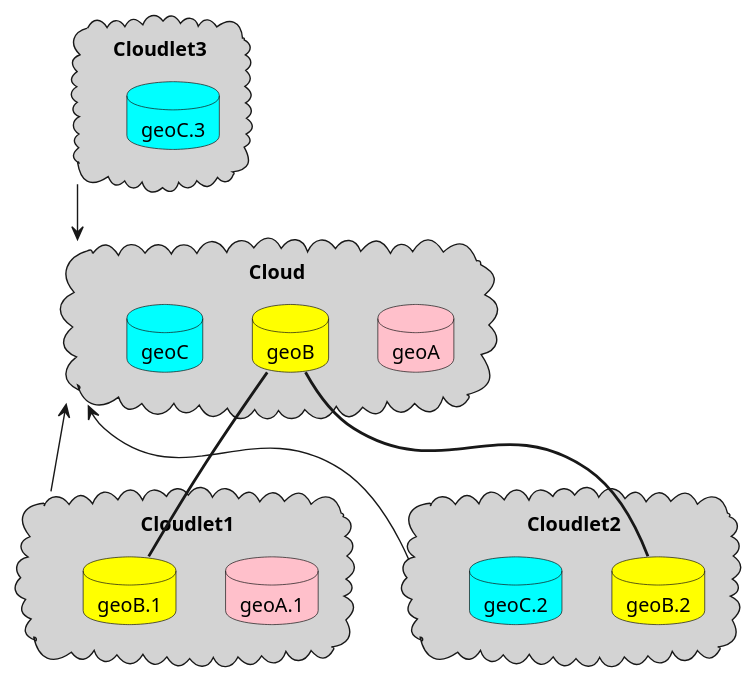
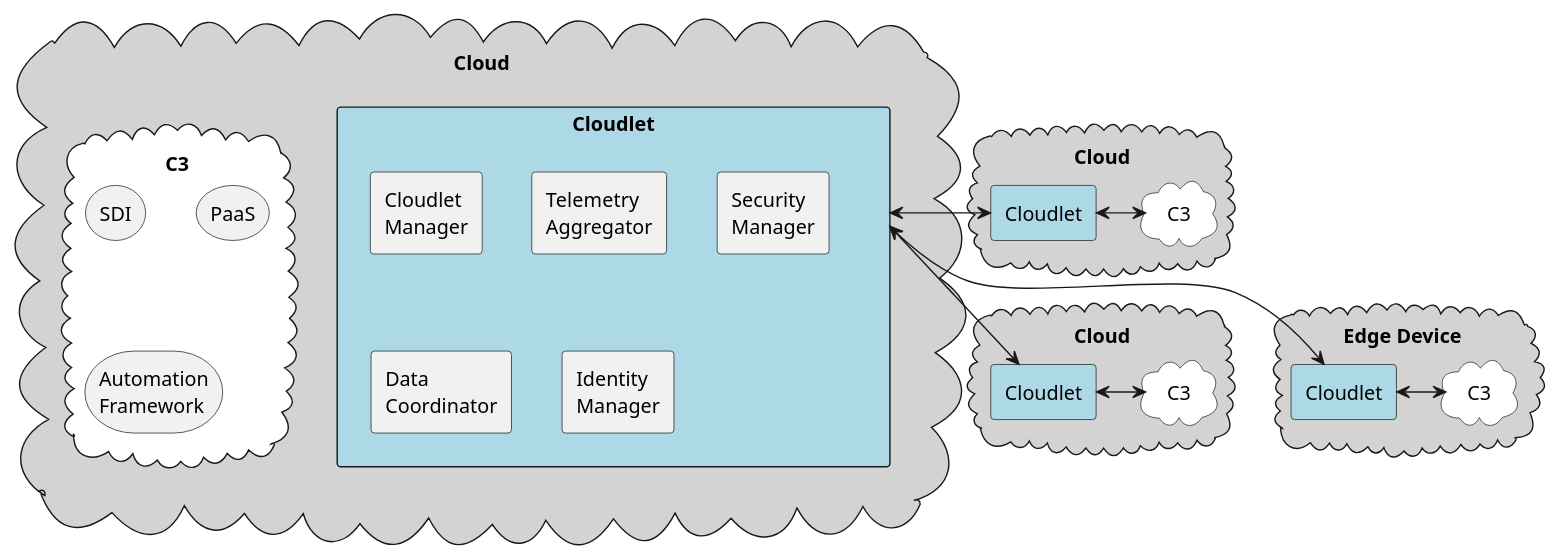
One commit to CAADE/CloudLet changed the diagram in docs/Architecture.puml. Above: the diagram before and after it, drawn with PlantUML. The commit also changed 15 other files, not shown here.

```diff
--- a/docs/Architecture.puml
+++ b/docs/Architecture.puml
@@ -1,30 +1,40 @@
 @startuml
 
-cloud Cloudlet1 #lightgray {
-  database "geoA.1" #pink
-  database "geoB.1" #ffff00
+cloud Cloud #lightgray {
+  rectangle Cloudlet #lightblue {
+  agent "Cloudlet\nManager"
+  agent "Telemetry\nAggregator"
+  agent "Security\nManager"
+  agent "Data\nCoordinator"
+  agent "Identity\nManager"
+  }
+
+  cloud "C3" as CL1 #white {
+      storage "SDI"
+      storage "PaaS"
+      storage "Automation\nFramework"
+  }
+}
+cloud Cloud as Cloud2 #lightgray {
+  rectangle Cloudlet as C2 #lightblue
+  cloud "C3" as C32 #white
+  C2 <-> C32
 }
 
-cloud Cloudlet2 #lightgray {
-  database "geoB.2" #ffff00
-  database "geoC.2" #00ffff
+cloud Cloud as Cloud3 #lightgray {
+  rectangle Cloudlet as Cl3 #lightblue
+  cloud "C3" as C33 #white
+  Cl3 <-> C33
 }
 
-cloud Cloudlet3 #lightgray {
-  database "geoC.3" #00ffff
+cloud "Edge Device" as Cloud4 #lightgray {
+  rectangle Cloudlet as Cl4 #lightblue
+  cloud "C3" as C34 #white
+  Cl4 <-> C34
 }
 
+Cloudlet <--> C2
+Cloudlet <-> Cl3
+Cloudlet <--> Cl4
 
-cloud Cloud #lightgray {
-  database geoA #pink
-  database geoB #ffff00
-  database geoC #00ffff
-}
-
-Cloudlet1 --> Cloud
-Cloudlet2 --> Cloud
-Cloudlet3 --> Cloud
-
-geoB === geoB.1
-geoB === geoB.2
 @enduml
```
